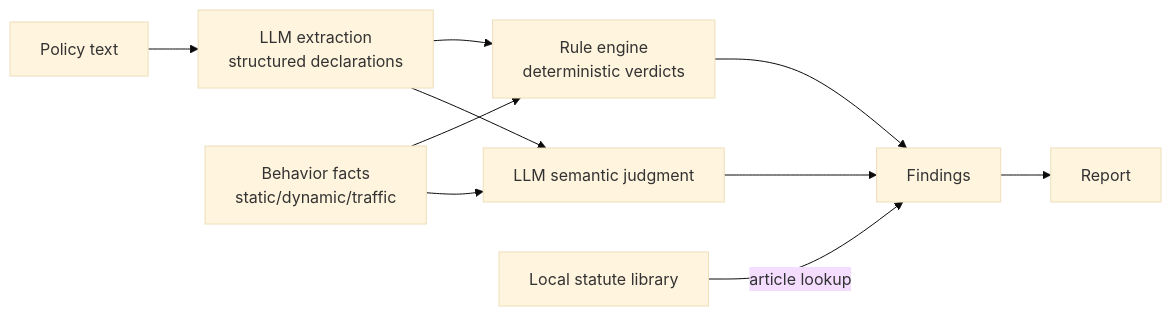
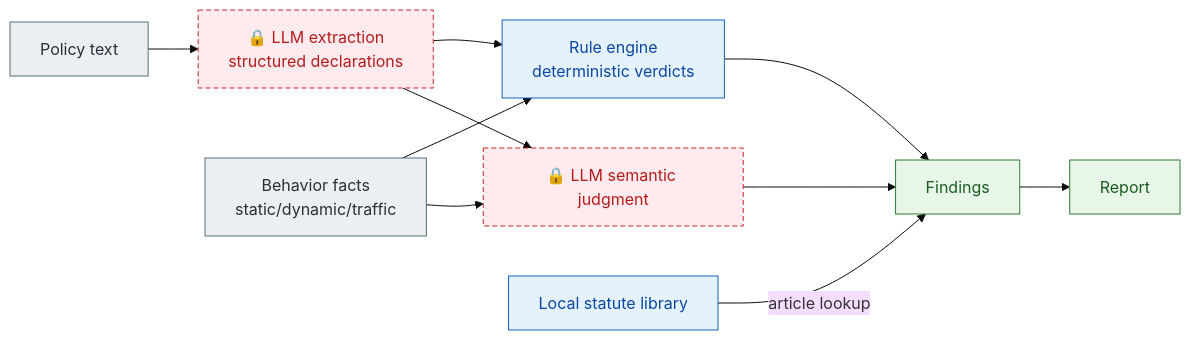
Before and after one commit to ConradLu2740/app-privacy-audit: the first of 6 diagrams in README.en.md, drawn with Mermaid (base theme). The commit also changed other lines of this file and 7 other files, not shown here.

First line of the commit message:
Upgrade all diagrams: unified styling, gate markers, data visualization

````diff
--- a/README.en.md
+++ b/README.en.md
@@ -47,12 +47,22 @@
 ```mermaid
 flowchart LR
-  P["Policy text"] --> PE["LLM extraction<br/>structured declarations"]
+  classDef input fill:#ECEFF1,stroke:#546E7A,color:#263238;
+  classDef det fill:#E3F2FD,stroke:#1565C0,color:#0D47A1;
+  classDef llm fill:#FFEBEE,stroke:#C62828,color:#B71C1C,stroke-dasharray:5 3;
+  classDef out fill:#E8F5E9,stroke:#2E7D32,color:#1B5E20;
+
+  P["Policy text"] --> PE["🔒 LLM extraction<br/>structured declarations"]
   BF["Behavior facts<br/>static/dynamic/traffic"] --> RL["Rule engine<br/>deterministic verdicts"]
   PE --> RL
-  PE --> SV["LLM semantic judgment"]
+  PE --> SV["🔒 LLM semantic judgment"]
   BF --> SV
   RL --> F["Findings"]
   SV --> F
   REG["Local statute library"] -->|article lookup| F
   F --> RPT["Report"]
+
+  class P,BF input;
+  class PE,SV llm;
+  class RL,REG det;
+  class F,RPT out;
 ```
````
